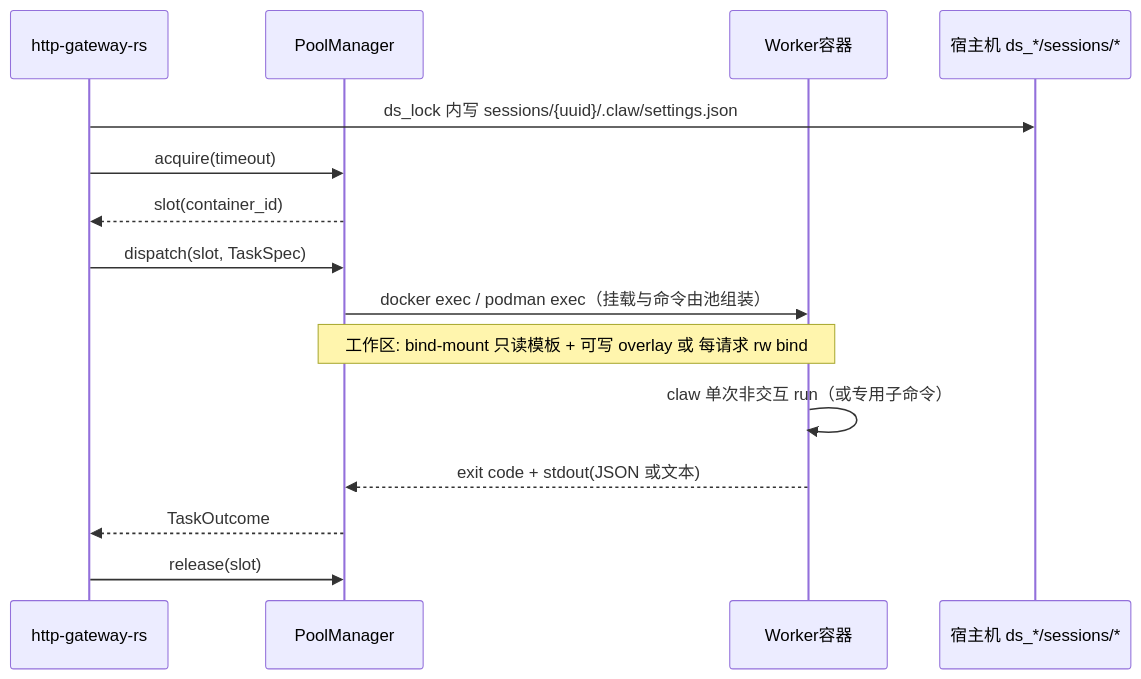
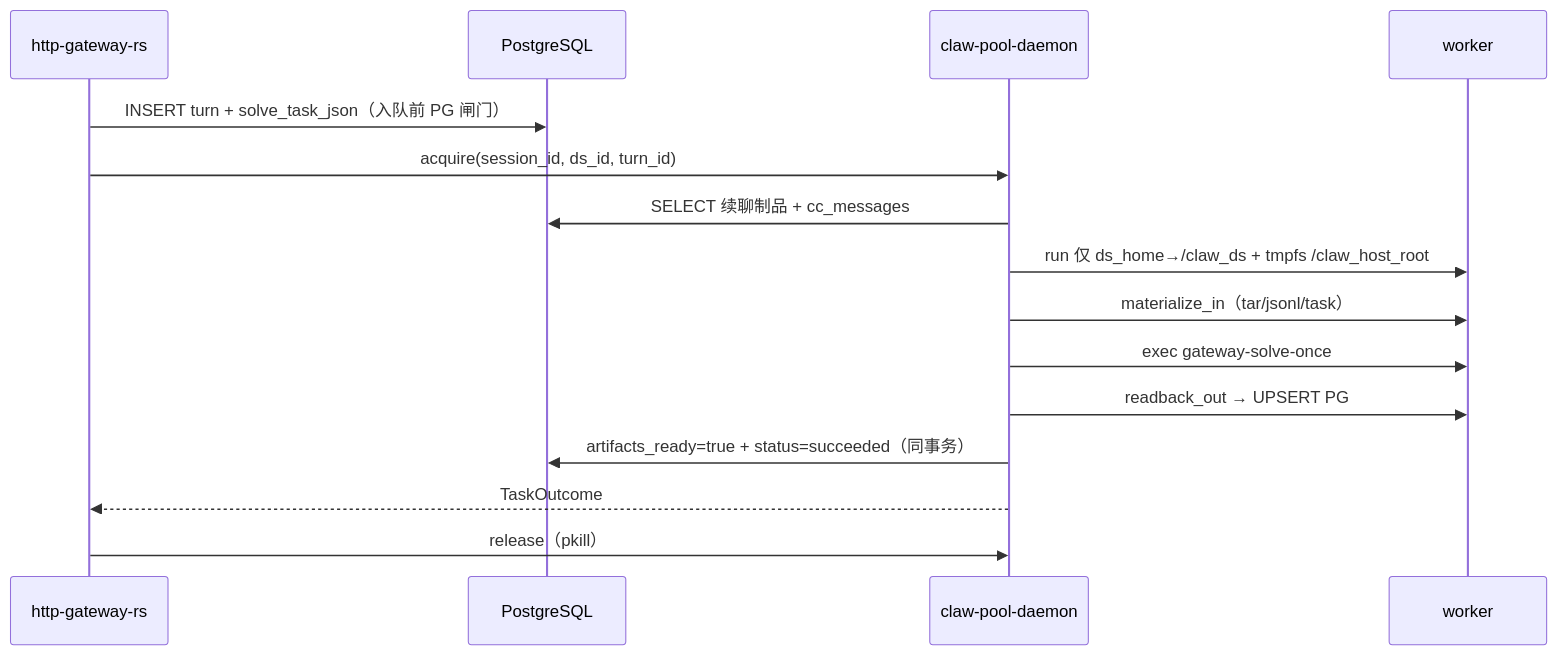
One commit to passionke/claw-code changed the diagram in docs/http-gateway-container-pool.md. Above: the diagram before and after it, drawn with Mermaid. The commit also changed other lines of this file and 52 other files, not shown here.

First line of the commit message:
feat(pool): persist session workspace in PostgreSQL; host pool via launchd

````diff
--- a/docs/http-gateway-container-pool.md
+++ b/docs/http-gateway-container-pool.md
@@ -40,18 +40,18 @@
 ```mermaid
 sequenceDiagram
     participant GW as http-gateway-rs
-    participant Pool as PoolManager
-    participant C as Worker容器
-    participant FS as 宿主机 ds_*/sessions/*
+    participant PG as PostgreSQL
+    participant PD as claw-pool-daemon
+    participant W as worker
 
-    GW->>FS: ds_lock 内写 sessions/{uuid}/.claw/settings.json
-    GW->>Pool: acquire(timeout)
-    Pool-->>GW: slot(container_id)
-    GW->>Pool: dispatch(slot, TaskSpec)
-    Pool->>C: docker exec / podman exec（挂载与命令由池组装）
-    Note over Pool,C: 工作区: bind-mount 只读模板 + 可写 overlay 或 每请求 rw bind
-    C->>C: claw 单次非交互 run（或专用子命令）
-    C-->>Pool: exit code + stdout(JSON 或文本)
-    Pool-->>GW: TaskOutcome
-    GW->>Pool: release(slot)
+    GW->>PG: INSERT turn + solve_task_json（入队前 PG 闸门）
+    GW->>PD: acquire(session_id, ds_id, turn_id)
+    PD->>PG: SELECT 续聊制品 + cc_messages
+    PD->>W: run 仅 ds_home→/claw_ds + tmpfs /claw_host_root
+    PD->>W: materialize_in（tar/jsonl/task）
+    PD->>W: exec gateway-solve-once
+    PD->>W: readback_out → UPSERT PG
+    PD->>PG: artifacts_ready=true + status=succeeded（同事务）
+    PD-->>GW: TaskOutcome
+    GW->>PD: release（pkill）
 ```
````
